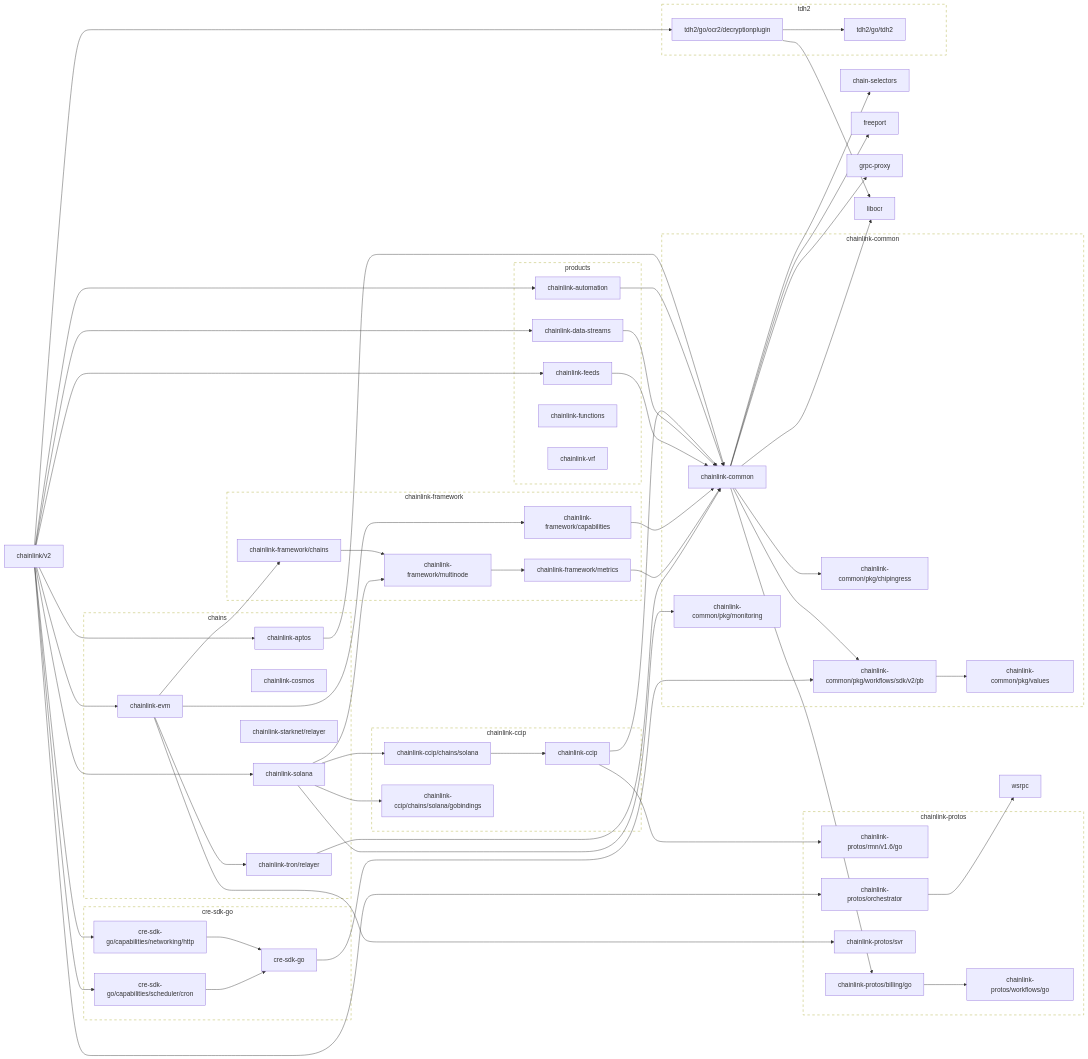
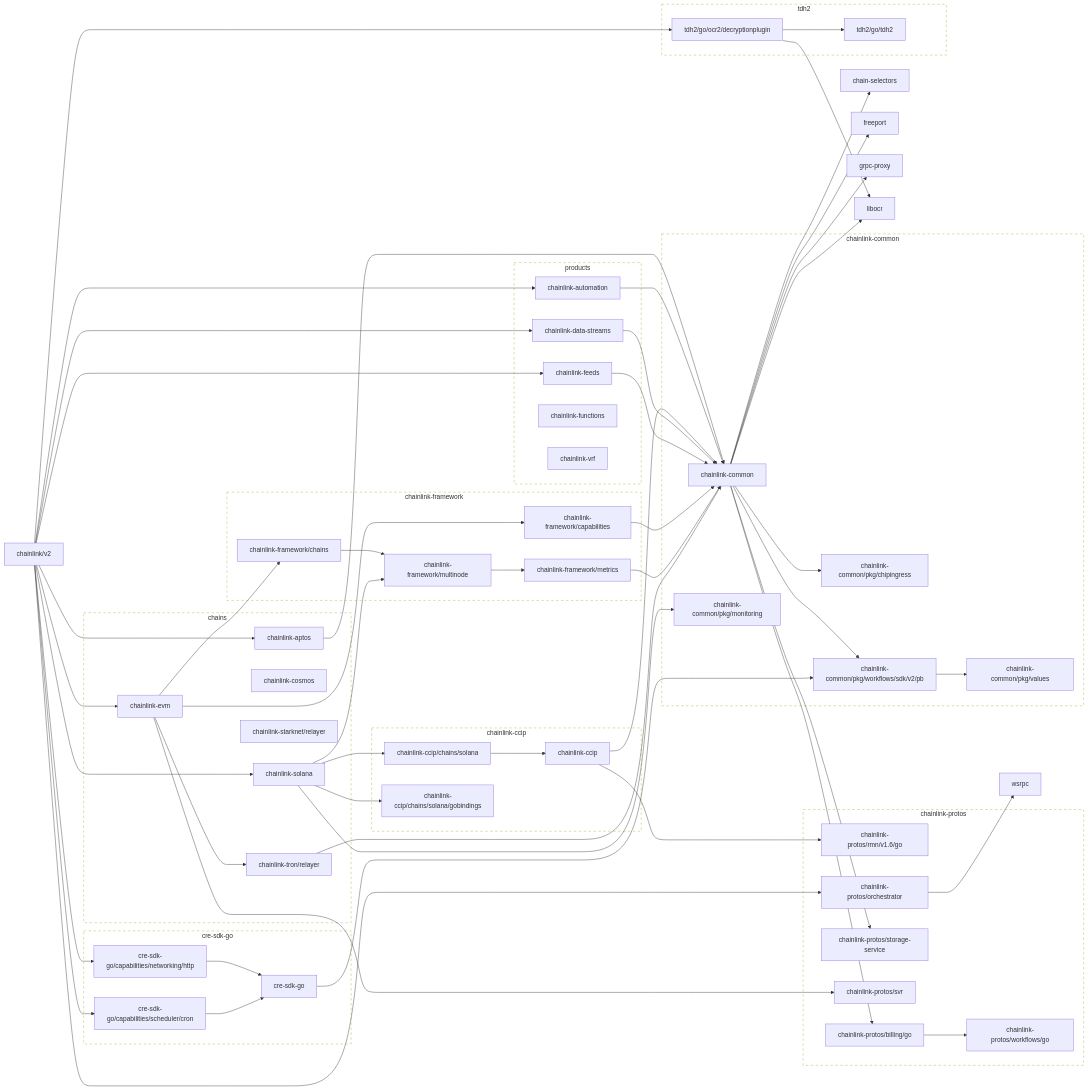
Before and after one commit to smartcontractkit/chainlink: the first of 2 diagrams in go.md, drawn with Mermaid. The commit also changed other lines of this file, not shown here.

Commit message:
Run make generate

```diff
--- a/go.md
+++ b/go.md
@@ -39,6 +39,7 @@
 	chainlink-common --> chainlink-common/pkg/chipingress
 	chainlink-common --> chainlink-common/pkg/workflows/sdk/v2/pb
 	chainlink-common --> chainlink-protos/billing/go
+	chainlink-common --> chainlink-protos/storage-service
 	chainlink-common --> freeport
 	chainlink-common --> grpc-proxy
 	chainlink-common --> libocr
@@ -74,6 +75,8 @@
 	click chainlink-protos/orchestrator href "https://github.com/smartcontractkit/chainlink-protos"
 	chainlink-protos/rmn/v1.6/go
 	click chainlink-protos/rmn/v1.6/go href "https://github.com/smartcontractkit/chainlink-protos"
+	chainlink-protos/storage-service
+	click chainlink-protos/storage-service href "https://github.com/smartcontractkit/chainlink-protos"
 	chainlink-protos/svr
 	click chainlink-protos/svr href "https://github.com/smartcontractkit/chainlink-protos"
 	chainlink-protos/workflows/go
@@ -144,6 +147,7 @@
 		 chainlink-protos/billing/go
 		 chainlink-protos/orchestrator
 		 chainlink-protos/rmn/v1.6/go
+		 chainlink-protos/storage-service
 		 chainlink-protos/svr
 		 chainlink-protos/workflows/go
 	end
```
